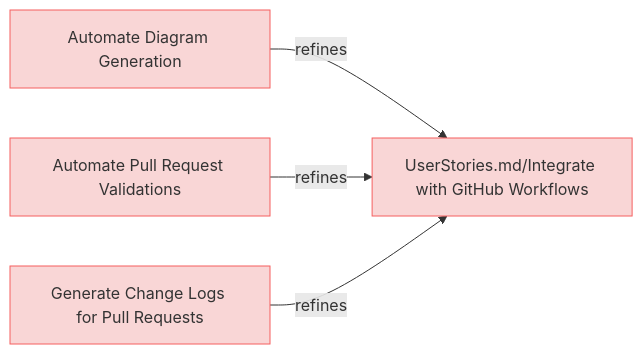
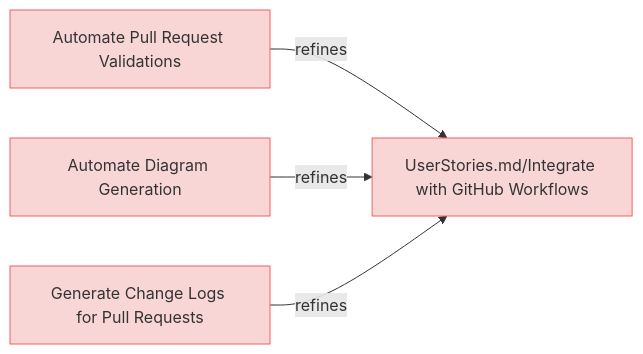
One commit to reqvire-org/reqvire changed the fourth of 9 diagrams in specifications/UserRequirements.md. Above: the diagram before and after it, drawn with Mermaid. The commit also changed other lines of this file and 14 other files, not shown here.

Commit message:
Diagrams updated.

````diff
--- a/specifications/UserRequirements.md
+++ b/specifications/UserRequirements.md
@@ -269,24 +269,24 @@
 ```mermaid
 graph LR;
   %% Graph styling
   classDef requirement fill:#f9d6d6,stroke:#f55f5f,stroke-width:1px;
   classDef verification fill:#d6f9d6,stroke:#5fd75f,stroke-width:1px;
   classDef externalLink fill:#d0e0ff,stroke:#3080ff,stroke-width:1px;
   classDef default fill:#f5f5f5,stroke:#333333,stroke-width:1px;
 
+  15f2f511b2399406["Automate Pull Request Validations"];
+  class 15f2f511b2399406 requirement;
+  click 15f2f511b2399406 "UserRequirements.md#automate-pull-request-validations";
+  98eaeddc27f99e11["UserStories.md/Integrate with GitHub Workflows"];
+  class 98eaeddc27f99e11 requirement;
+  click 98eaeddc27f99e11 "UserStories.md#integrate-with-github-workflows";
+  15f2f511b2399406 -->|refines| 98eaeddc27f99e11;
   98a581084d5542fa["Automate Diagram Generation"];
   class 98a581084d5542fa requirement;
   click 98a581084d5542fa "UserRequirements.md#automate-diagram-generation";
-  98eaeddc27f99e11["UserStories.md/Integrate with GitHub Workflows"];
-  class 98eaeddc27f99e11 requirement;
-  click 98eaeddc27f99e11 "UserStories.md#integrate-with-github-workflows";
   98a581084d5542fa -->|refines| 98eaeddc27f99e11;
-  15f2f511b2399406["Automate Pull Request Validations"];
-  class 15f2f511b2399406 requirement;
-  click 15f2f511b2399406 "UserRequirements.md#automate-pull-request-validations";
-  15f2f511b2399406 -->|refines| 98eaeddc27f99e11;
   672b444a568468b8["Generate Change Logs for Pull Requests"];
   class 672b444a568468b8 requirement;
   click 672b444a568468b8 "UserRequirements.md#generate-change-logs-for-pull-requests";
   672b444a568468b8 -->|refines| 98eaeddc27f99e11;
 ```
````
